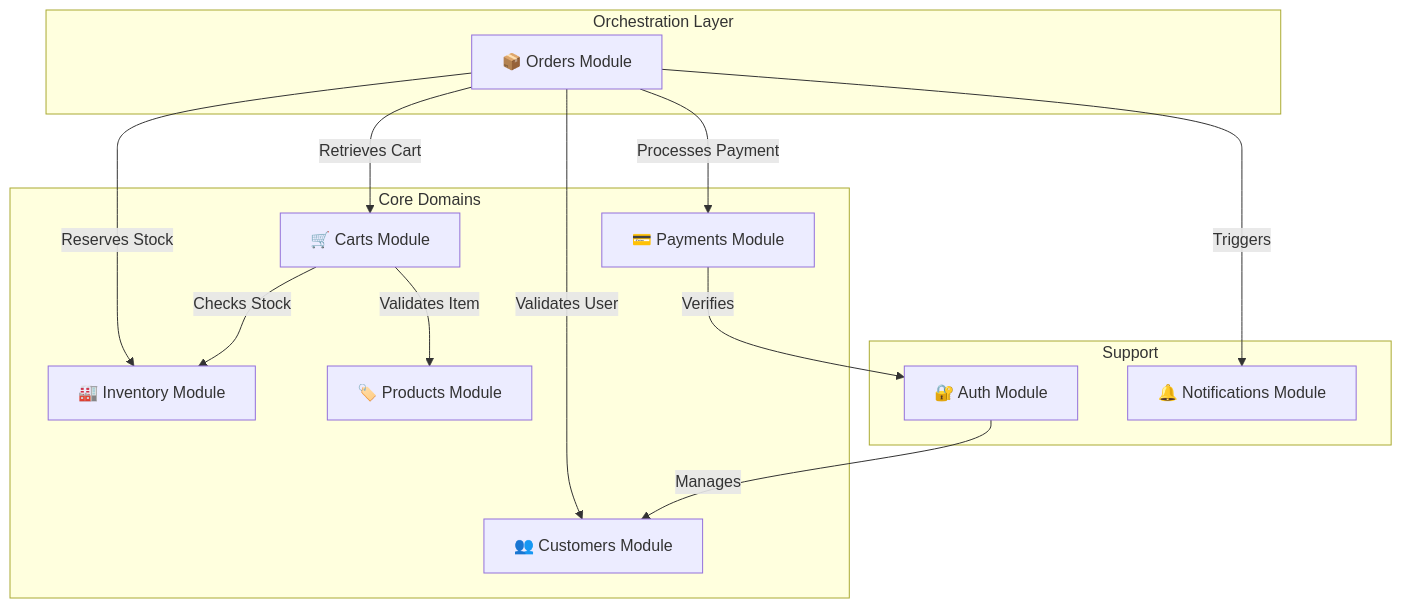
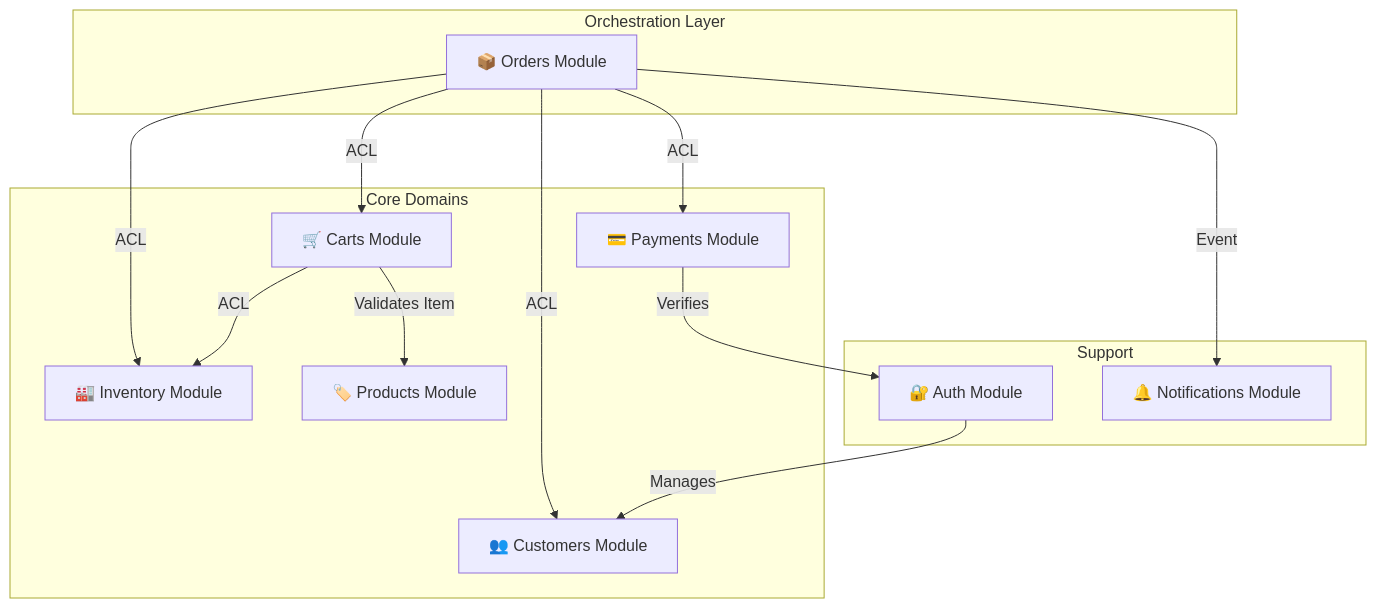
The fourth of 11 diagrams in ARCHITECTURE.md (PrimeRaouf/ecommerce-store-api), drawn with Mermaid before and after one commit. The commit also changed other lines of this file and 1 other file, not shown here.

Commit message:
ES-66: Enhance architecture documentation: Add Strategic Domain-Driven Design section detailing subdomains and bounded contexts, and update system context diagrams to reflect Anti-Corruption Layer (ACL) relationships for improved clarity and modularity.

````diff
--- a/ARCHITECTURE.md
+++ b/ARCHITECTURE.md
@@ -89,34 +142,34 @@
 ```mermaid
 graph TD
     subgraph "Orchestration Layer"
         Orders["📦 Orders Module"]
     end
 
     subgraph "Core Domains"
         Inventory["🏭 Inventory Module"]
         Payments["💳 Payments Module"]
         Products["🏷️ Products Module"]
         Customers["👥 Customers Module"]
         Carts["🛒 Carts Module"]
     end
 
     subgraph "Support"
         Auth["🔐 Auth Module"]
         Notifications["🔔 Notifications Module"]
     end
 
     %% Orders Dependencies
-    Orders -->|Reserves Stock| Inventory
-    Orders -->|Processes Payment| Payments
-    Orders -->|Validates User| Customers
-    Orders -->|Retrieves Cart| Carts
-    Orders -->|Triggers| Notifications
+    Orders -->|ACL| Inventory
+    Orders -->|ACL| Payments
+    Orders -->|ACL| Customers
+    Orders -->|ACL| Carts
+    Orders -->|Event| Notifications
 
     %% Carts Dependencies
-    Carts -->|Checks Stock| Inventory
+    Carts -->|ACL| Inventory
     Carts -->|Validates Item| Products
 
     %% Auth Dependencies
     Auth -->|Manages| Customers
     Payments -->|Verifies| Auth
 ```
````
